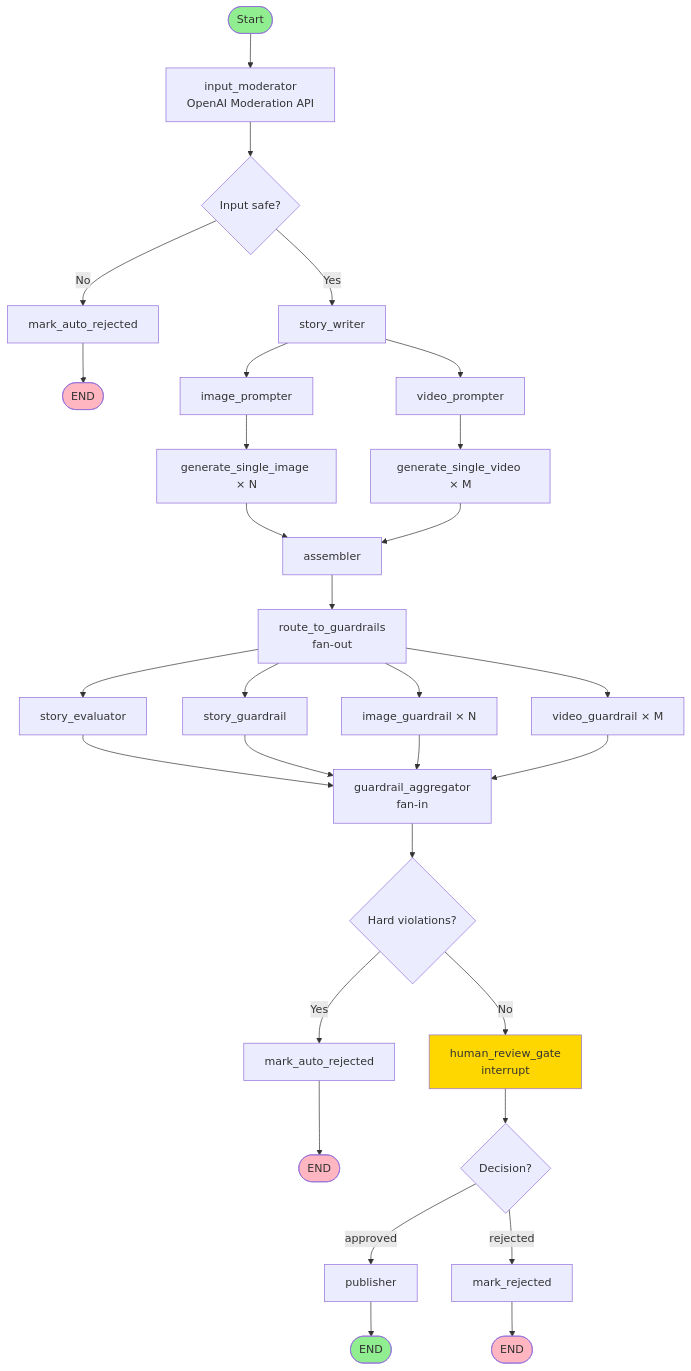
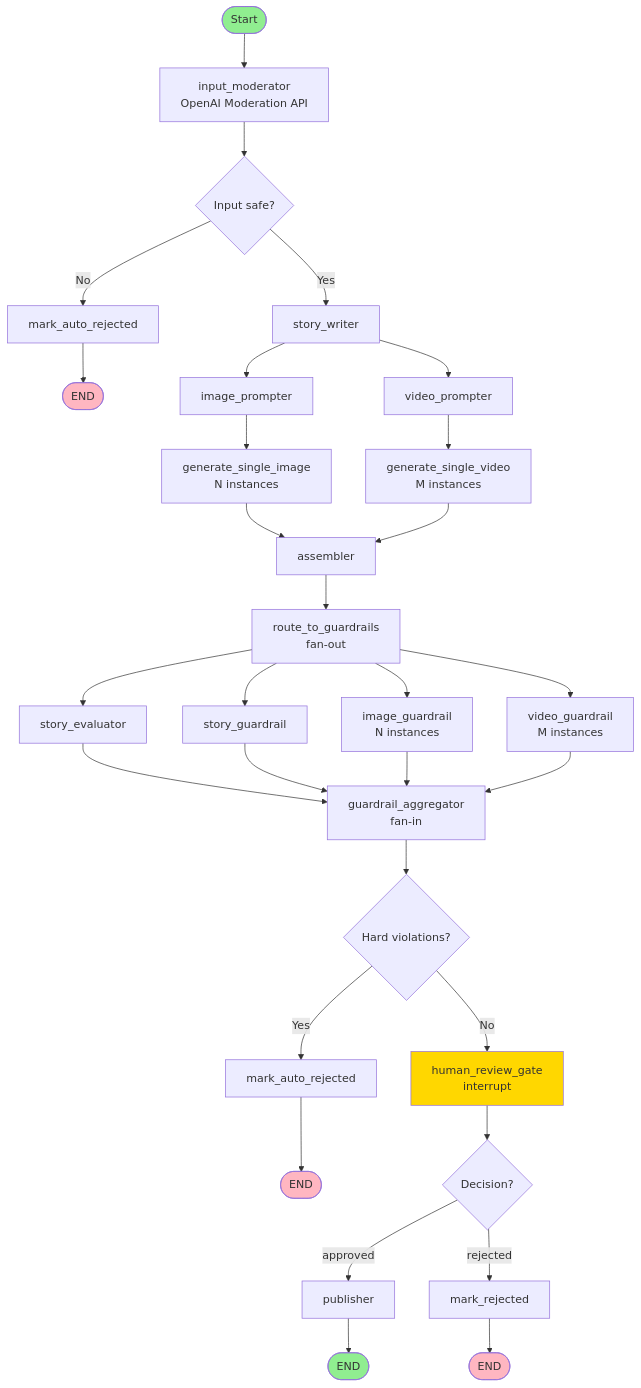
One commit to kanavkalra-in/kids_story_agent changed the second of 2 diagrams in docs/architecture.md. Above: the diagram before and after it, drawn with Mermaid. The commit also changed other lines of this file and 2 other files, not shown here.

````diff
--- a/docs/architecture.md
+++ b/docs/architecture.md
@@ -76,47 +76,47 @@
 ```mermaid
 graph TB
-    START([Start]) --> INPUT[input_moderator<br/>OpenAI Moderation API]
-    INPUT --> CHECK_INPUT{Input safe?}
-    CHECK_INPUT -->|No| AUTO_REJECT1[mark_auto_rejected]
-    CHECK_INPUT -->|Yes| STORY[story_writer]
+    START([Start]) --> INPUT["input_moderator<br/>OpenAI Moderation API"]
+    INPUT --> CHECK_INPUT{"Input safe?"}
+    CHECK_INPUT -->|No| AUTO_REJECT1["mark_auto_rejected"]
+    CHECK_INPUT -->|Yes| STORY["story_writer"]
     AUTO_REJECT1 --> END1([END])
     
-    STORY --> IMG_PROMPT[image_prompter]
-    STORY --> VID_PROMPT[video_prompter]
+    STORY --> IMG_PROMPT["image_prompter"]
+    STORY --> VID_PROMPT["video_prompter"]
     
-    IMG_PROMPT --> IMG_GEN[generate_single_image × N]
-    VID_PROMPT --> VID_GEN[generate_single_video × M]
+    IMG_PROMPT --> IMG_GEN["generate_single_image<br/>N instances"]
+    VID_PROMPT --> VID_GEN["generate_single_video<br/>M instances"]
     
-    IMG_GEN --> ASSEMBLER[assembler]
+    IMG_GEN --> ASSEMBLER["assembler"]
     VID_GEN --> ASSEMBLER
     
-    ASSEMBLER --> ROUTE[route_to_guardrails<br/>fan-out]
+    ASSEMBLER --> ROUTE["route_to_guardrails<br/>fan-out"]
     
-    ROUTE --> EVAL[story_evaluator]
-    ROUTE --> STORY_GUARD[story_guardrail]
-    ROUTE --> IMG_GUARD[image_guardrail × N]
-    ROUTE --> VID_GUARD[video_guardrail × M]
+    ROUTE --> EVAL["story_evaluator"]
+    ROUTE --> STORY_GUARD["story_guardrail"]
+    ROUTE --> IMG_GUARD["image_guardrail<br/>N instances"]
+    ROUTE --> VID_GUARD["video_guardrail<br/>M instances"]
     
-    EVAL --> AGGREGATOR[guardrail_aggregator<br/>fan-in]
+    EVAL --> AGGREGATOR["guardrail_aggregator<br/>fan-in"]
     STORY_GUARD --> AGGREGATOR
     IMG_GUARD --> AGGREGATOR
     VID_GUARD --> AGGREGATOR
     
-    AGGREGATOR --> CHECK_VIOLATIONS{Hard violations?}
-    CHECK_VIOLATIONS -->|Yes| AUTO_REJECT2[mark_auto_rejected]
-    CHECK_VIOLATIONS -->|No| REVIEW[human_review_gate<br/>interrupt]
+    AGGREGATOR --> CHECK_VIOLATIONS{"Hard violations?"}
+    CHECK_VIOLATIONS -->|Yes| AUTO_REJECT2["mark_auto_rejected"]
+    CHECK_VIOLATIONS -->|No| REVIEW["human_review_gate<br/>interrupt"]
     AUTO_REJECT2 --> END2([END])
     
-    REVIEW --> CHECK_DECISION{Decision?}
-    CHECK_DECISION -->|approved| PUBLISHER[publisher]
-    CHECK_DECISION -->|rejected| REJECT[mark_rejected]
+    REVIEW --> CHECK_DECISION{"Decision?"}
+    CHECK_DECISION -->|approved| PUBLISHER["publisher"]
+    CHECK_DECISION -->|rejected| REJECT["mark_rejected"]
     PUBLISHER --> END3([END])
     REJECT --> END4([END])
     
     style START fill:#90EE90
     style END1 fill:#FFB6C1
     style END2 fill:#FFB6C1
     style END3 fill:#90EE90
     style END4 fill:#FFB6C1
     style REVIEW fill:#FFD700
 ```
````
